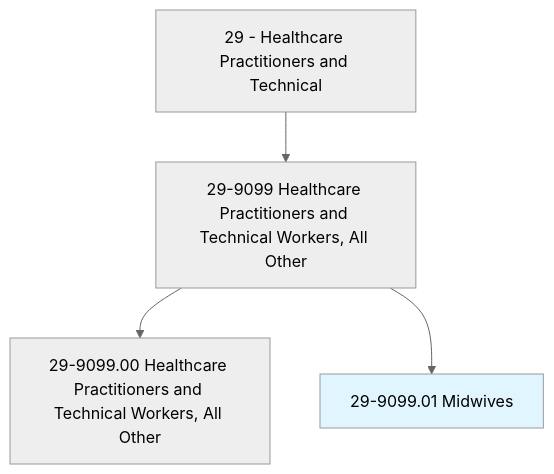
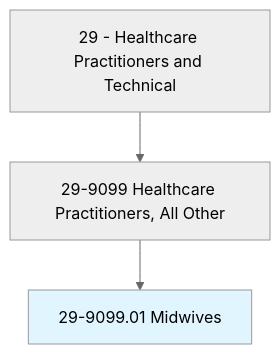
One commit to kziemski/business.org.ai changed the first of 4 diagrams in occupations/HealthcarePractitioners/Midwives.mdx. Above: the diagram before and after it, drawn with Mermaid (neutral theme). The commit also changed other lines of this file and 938 other files, not shown here.

````diff
--- a/occupations/HealthcarePractitioners/Midwives.mdx
+++ b/occupations/HealthcarePractitioners/Midwives.mdx
@@ -19,7 +23,6 @@
 ```mermaid
 graph TD
-    Cat29["29 - Healthcare Practitioners and Technical"] --> Group299099["29-9099 Healthcare Practitioners and Technical Workers, All Other"]
-    Group299099 --> Base["29-9099.00 Healthcare Practitioners and Technical Workers, All Other"]
+    Cat29["29 - Healthcare Practitioners and Technical"] --> Group299099["29-9099 Healthcare Practitioners, All Other"]
     Group299099 --> Current["29-9099.01 Midwives"]
     style Current fill:#e1f5fe
 ```
````
